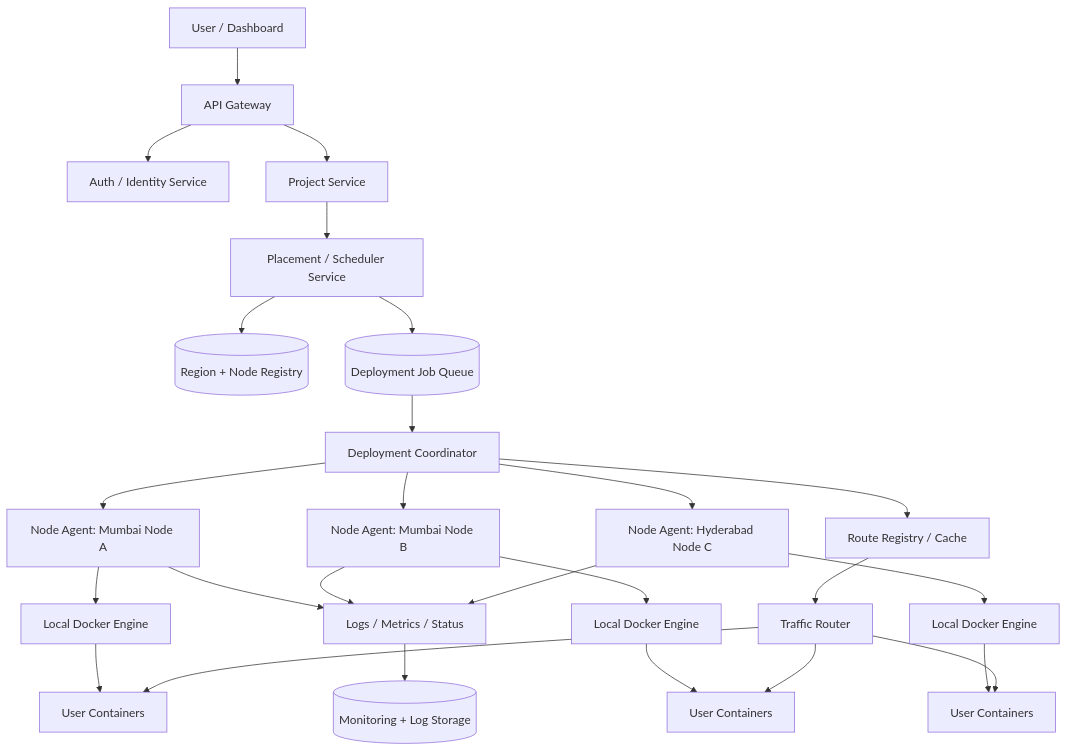
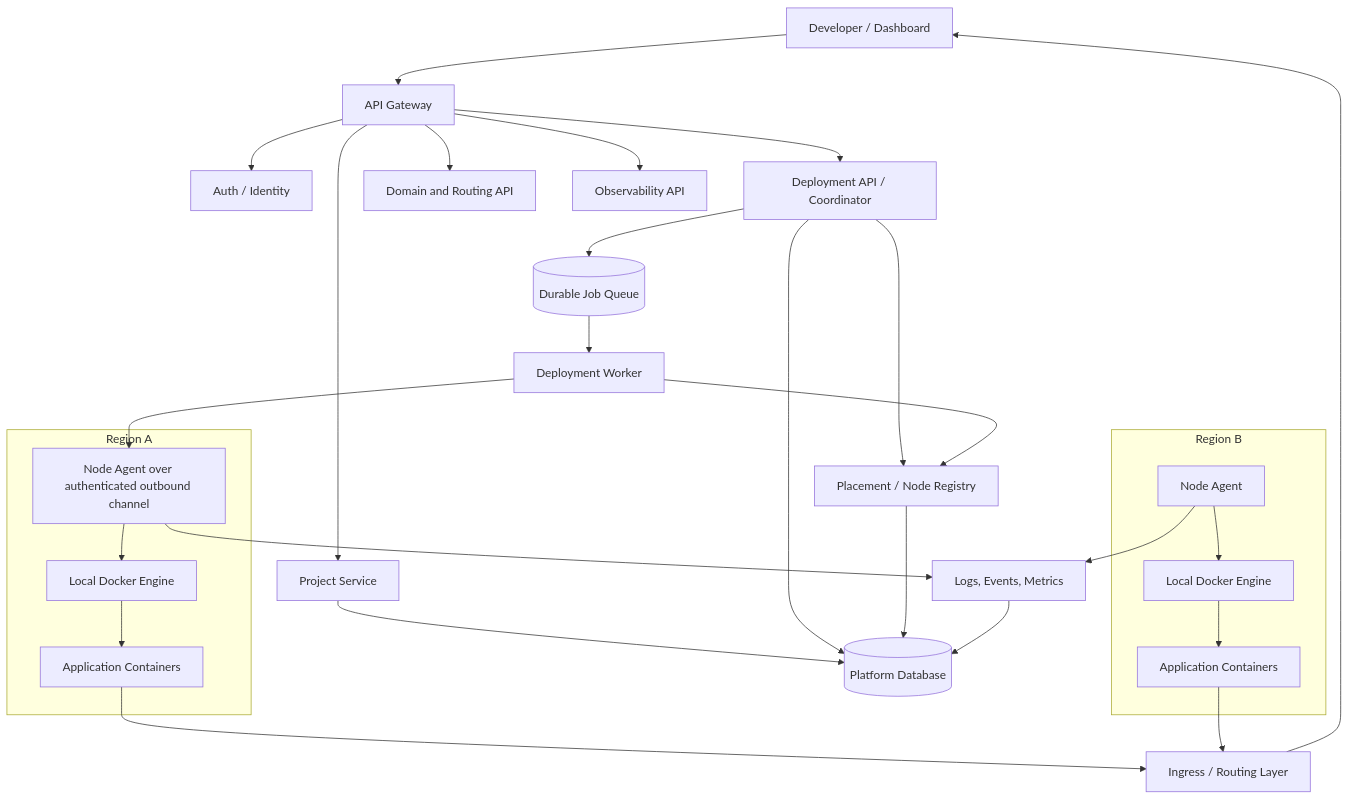
Before and after one commit to rahulkumar6777/Deployhub: the first of 4 diagrams in readme.md, drawn with Mermaid. The commit also changed other lines of this file, not shown here.

````diff
--- a/readme.md
+++ b/readme.md
@@ -209,28 +62,36 @@
 ```mermaid
 flowchart TB
-    User[User / Dashboard] --> Gateway[API Gateway]
-    Gateway --> Auth[Auth / Identity Service]
-    Gateway --> Project[Project Service]
-    Project --> Placement[Placement / Scheduler Service]
-    Placement --> Registry[(Region + Node Registry)]
-    Placement --> Queue[(Deployment Job Queue)]
-    Queue --> Deploy[Deployment Coordinator]
-    Deploy --> AgentA[Node Agent: Mumbai Node A]
-    Deploy --> AgentB[Node Agent: Mumbai Node B]
-    Deploy --> AgentC[Node Agent: Hyderabad Node C]
-    AgentA --> DockerA[Local Docker Engine]
-    AgentB --> DockerB[Local Docker Engine]
-    AgentC --> DockerC[Local Docker Engine]
-    DockerA --> AppA[User Containers]
-    DockerB --> AppB[User Containers]
-    DockerC --> AppC[User Containers]
-    AgentA --> Telemetry[Logs / Metrics / Status]
-    AgentB --> Telemetry
-    AgentC --> Telemetry
-    Telemetry --> Observability[(Monitoring + Log Storage)]
-    Router[Traffic Router] --> AppA
-    Router --> AppB
-    Router --> AppC
-    Deploy --> Routing[Route Registry / Cache]
-    Routing --> Router
+    U[Developer / Dashboard] --> G[API Gateway]
+    G --> A[Auth / Identity]
+    G --> P[Project Service]
+    G --> D[Deployment API / Coordinator]
+    G --> R[Domain and Routing API]
+    G --> O[Observability API]
+
+    P --> DB[(Platform Database)]
+    D --> DB
+    D --> Q[(Durable Job Queue)]
+    D --> PL[Placement / Node Registry]
+    PL --> DB
+
+    Q --> W[Deployment Worker]
+    W --> PL
+    W --> AG[Node Agent over authenticated outbound channel]
+
+    subgraph Region A
+      AG --> DA[Local Docker Engine]
+      DA --> CA[Application Containers]
+    end
+    subgraph Region B
+      AG2[Node Agent] --> DB2[Local Docker Engine]
+      DB2 --> CB[Application Containers]
+    end
+
+    CA --> RT[Ingress / Routing Layer]
+    CB --> RT
+    RT --> U
+
+    AG --> M[Logs, Events, Metrics]
+    AG2 --> M
+    M --> DB
 ```
````
